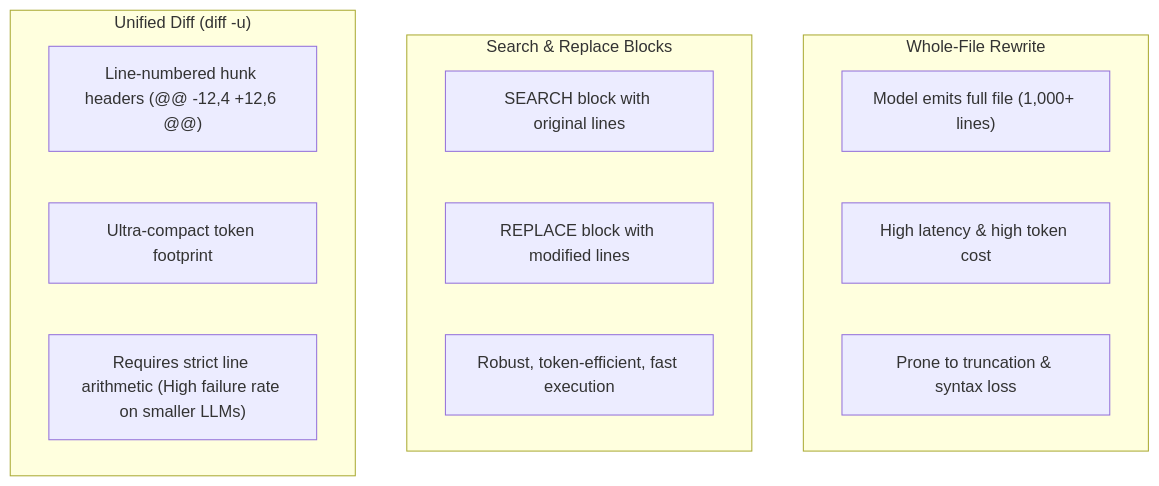
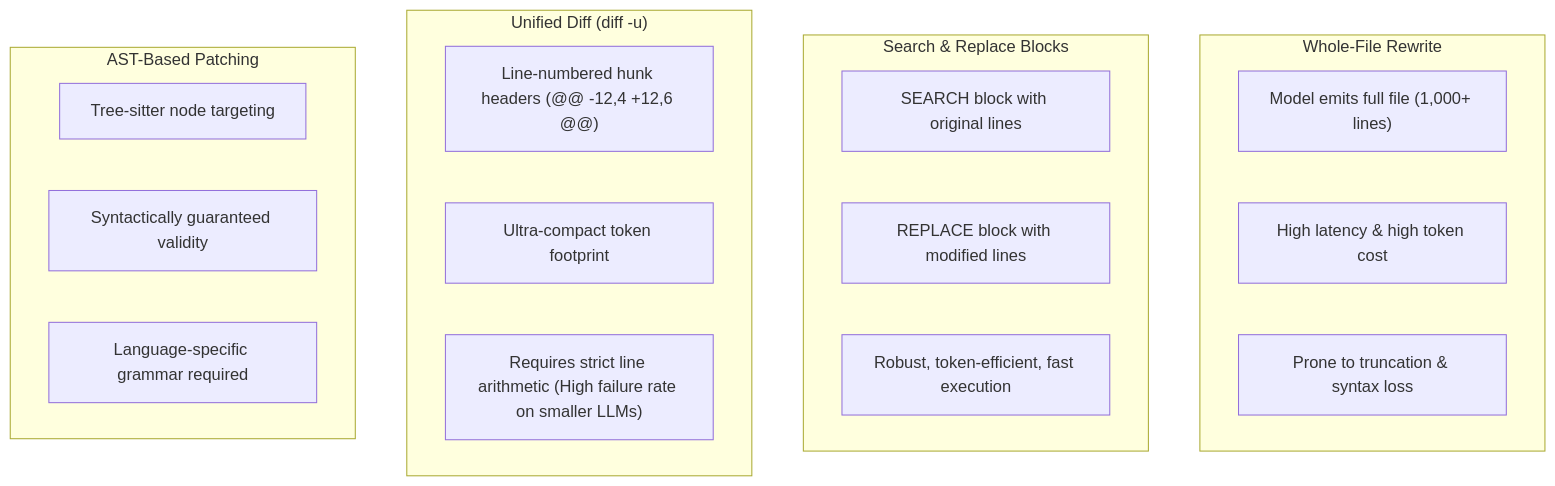
The sixth of 6 diagrams in README.md (Theaxiom/awesome-ai-coding-tools-mahmoudsajjadi), drawn with Mermaid before and after one commit. The commit also changed other lines of this file and 3 other files, not shown here.

Commit message:
feat: complete 2025-2026 SOTA ecosystem upgrade, diagrams, MCP, and viral assets

````diff
--- a/README.md
+++ b/README.md
@@ -270,20 +293,26 @@
 ```mermaid
 graph TD
     subgraph WholeFile["Whole-File Rewrite"]
         W1["Model emits full file (1,000+ lines)"]
         W2["High latency & high token cost"]
         W3["Prone to truncation & syntax loss"]
     end
 
     subgraph SearchReplace["Search & Replace Blocks"]
         S1["SEARCH block with original lines"]
         S2["REPLACE block with modified lines"]
         S3["Robust, token-efficient, fast execution"]
     end
 
     subgraph UnifiedDiff["Unified Diff (diff -u)"]
         U1["Line-numbered hunk headers (@@ -12,4 +12,6 @@)"]
         U2["Ultra-compact token footprint"]
         U3["Requires strict line arithmetic (High failure rate on smaller LLMs)"]
     end
+
+    subgraph ASTPatch["AST-Based Patching"]
+        A1["Tree-sitter node targeting"]
+        A2["Syntactically guaranteed validity"]
+        A3["Language-specific grammar required"]
+    end
 ```
````
